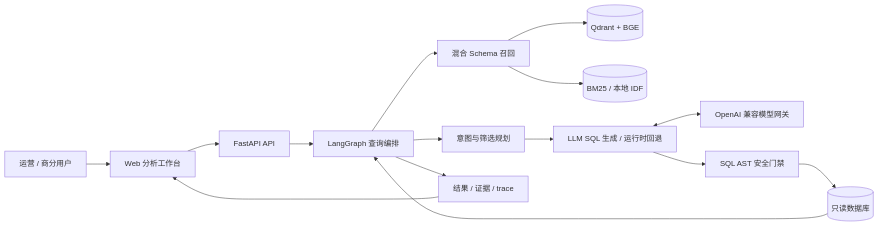
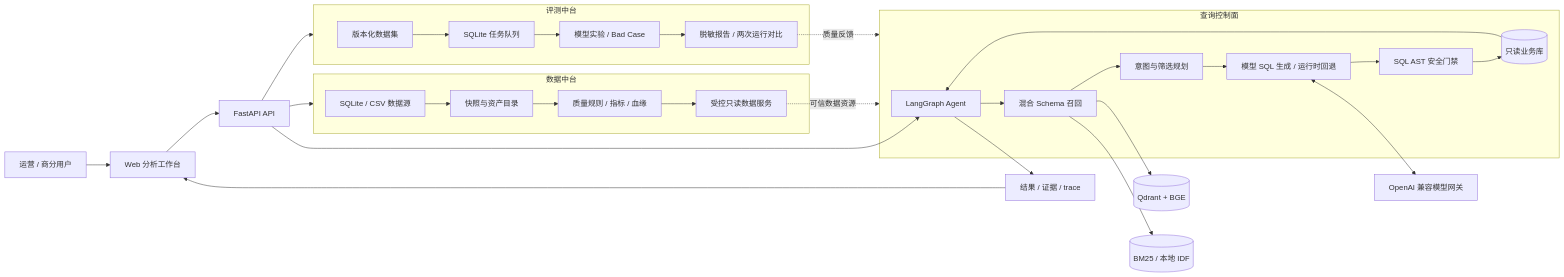
Before and after one commit to sun-sh/atlas-bi-nl2sql: the first of 2 diagrams in README.md, drawn with Mermaid. The commit also changed other lines of this file and 7 other files, not shown here.

Commit message:
docs:refresh-readme-architecture

````diff
--- a/README.md
+++ b/README.md
@@ -33,17 +33,42 @@
 ```mermaid
 flowchart LR
     U[运营 / 商分用户] --> W[Web 分析工作台]
     W --> A[FastAPI API]
-    A --> G[LangGraph 查询编排]
-    G --> R[混合 Schema 召回]
+
+    subgraph Query[查询控制面]
+        G[LangGraph Agent]
+        R[混合 Schema 召回]
+        P[意图与筛选规划]
+        S[模型 SQL 生成 / 运行时回退]
+        V[SQL AST 安全门禁]
+        D[(只读业务库)]
+    end
+
+    subgraph Data[数据中台]
+        DS[SQLite / CSV 数据源]
+        SN[快照与资产目录]
+        QR[质量规则 / 指标 / 血缘]
+        DQ[受控只读数据服务]
+    end
+
+    subgraph Eval[评测中台]
+        EDT[版本化数据集]
+        EQ[SQLite 任务队列]
+        EX[模型实验 / Bad Case]
+        ER[脱敏报告 / 两次运行对比]
+    end
+
+    A --> G
+    G --> R --> P --> S --> V --> D
     R --> Q[(Qdrant + BGE)]
     R --> E[(BM25 / 本地 IDF)]
-    G --> P[意图与筛选规划]
-    P --> S[LLM SQL 生成 / 运行时回退]
     S <--> M[OpenAI 兼容模型网关]
-    S --> V[SQL AST 安全门禁]
-    V --> D[(只读数据库)]
-    D --> G
-    G --> T[结果 / 证据 / trace]
-    T --> W
+    D --> G --> T[结果 / 证据 / trace] --> W
+
+    A --> Data
+    DS --> SN --> QR --> DQ
+    A --> Eval
+    EDT --> EQ --> EX --> ER
+    DQ -.可信数据资源.-> Query
+    ER -.质量反馈.-> Query
 ```
````
